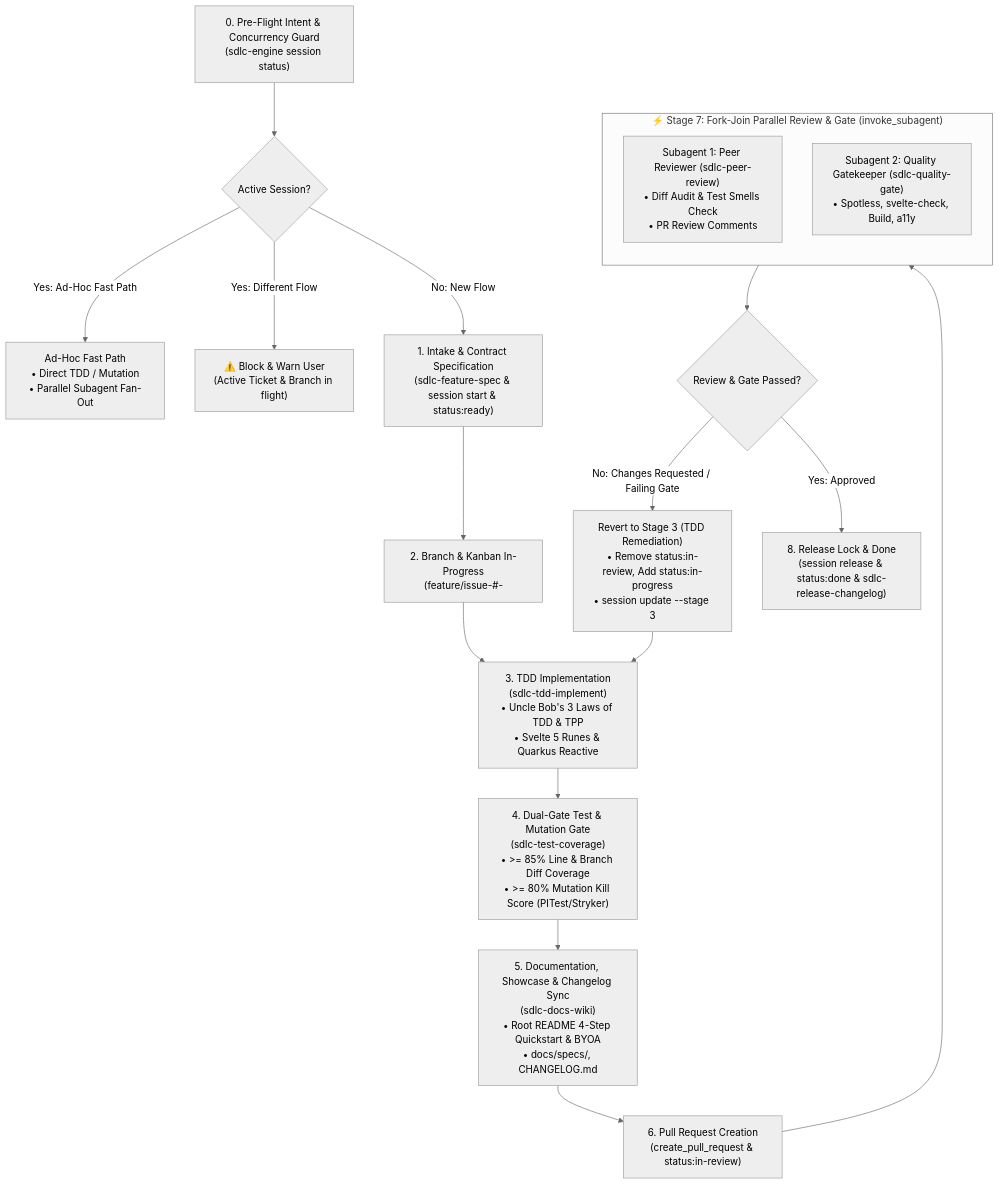
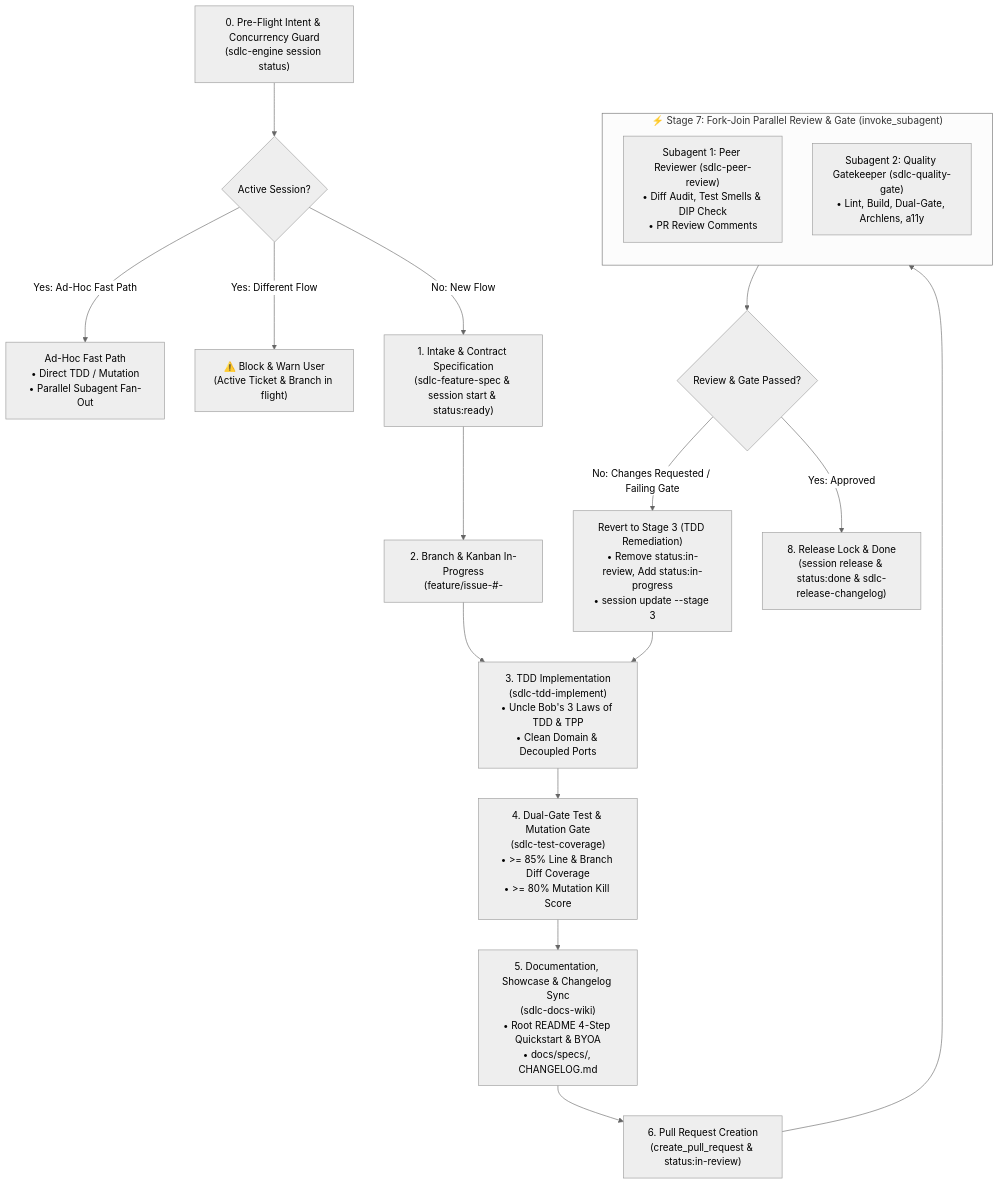
One commit to fmatar/sealit changed the diagram in .agent/skills/sdlc-flow/SKILL.md. Above: the diagram before and after it, drawn with Mermaid (neutral theme). The commit also changed other lines of this file and 8 other files, not shown here.

````diff
--- a/.agent/skills/sdlc-flow/SKILL.md
+++ b/.agent/skills/sdlc-flow/SKILL.md
@@ -17,26 +17,26 @@
 ```mermaid
 flowchart TD
     PreFlight["0. Pre-Flight Intent & Concurrency Guard\n(sdlc-engine session status)"] --> BranchIntent{Active Session?}
     
     BranchIntent -->|Yes: Ad-Hoc Fast Path| AdHocFast["Ad-Hoc Fast Path\n• Direct TDD / Mutation\n• Parallel Subagent Fan-Out"]
     BranchIntent -->|Yes: Different Flow| BlockPrompt["⚠️ Block & Warn User\n(Active Ticket & Branch in flight)"]
     BranchIntent -->|No: New Flow| S1["1. Intake & Contract Specification\n(sdlc-feature-spec & session start & status:ready)"]
 
     S1 --> S2["2. Branch & Kanban In-Progress\n(feature/issue-#<id>-<title> & status:in-progress)"]
-    S2 --> S3["3. TDD Implementation\n(sdlc-tdd-implement)\n• Uncle Bob's 3 Laws of TDD & TPP\n• Svelte 5 Runes & Quarkus Reactive"]
-    S3 --> S4["4. Dual-Gate Test & Mutation Gate\n(sdlc-test-coverage)\n• >= 85% Line & Branch Diff Coverage\n• >= 80% Mutation Kill Score (PITest/Stryker)"]
+    S2 --> S3["3. TDD Implementation\n(sdlc-tdd-implement)\n• Uncle Bob's 3 Laws of TDD & TPP\n• Clean Domain & Decoupled Ports"]
+    S3 --> S4["4. Dual-Gate Test & Mutation Gate\n(sdlc-test-coverage)\n• >= 85% Line & Branch Diff Coverage\n• >= 80% Mutation Kill Score"]
     S4 --> S5["5. Documentation, Showcase & Changelog Sync\n(sdlc-docs-wiki)\n• Root README 4-Step Quickstart & BYOA\n• docs/specs/, CHANGELOG.md"]
     S5 --> S6["6. Pull Request Creation\n(create_pull_request & status:in-review)"]
     
     subgraph ParallelForkJoin ["⚡ Stage 7: Fork-Join Parallel Review & Gate (invoke_subagent)"]
         direction TB
-        F1["Subagent 1: Peer Reviewer (sdlc-peer-review)\n• Diff Audit & Test Smells Check\n• PR Review Comments"]
-        F2["Subagent 2: Quality Gatekeeper (sdlc-quality-gate)\n• Spotless, svelte-check, Build, a11y"]
+        F1["Subagent 1: Peer Reviewer (sdlc-peer-review)\n• Diff Audit, Test Smells & DIP Check\n• PR Review Comments"]
+        F2["Subagent 2: Quality Gatekeeper (sdlc-quality-gate)\n• Lint, Build, Dual-Gate, Archlens, a11y"]
     end
     
     S6 --> ParallelForkJoin
     ParallelForkJoin --> ReviewGateCheck{Review & Gate Passed?}
     ReviewGateCheck -->|No: Changes Requested / Failing Gate| RevertLoop["Revert to Stage 3 (TDD Remediation)\n• Remove status:in-review, Add status:in-progress\n• session update --stage 3"]
     RevertLoop --> S3
     ReviewGateCheck -->|Yes: Approved| Done["8. Release Lock & Done\n(session release & status:done & sdlc-release-changelog)"]
 ```
````
